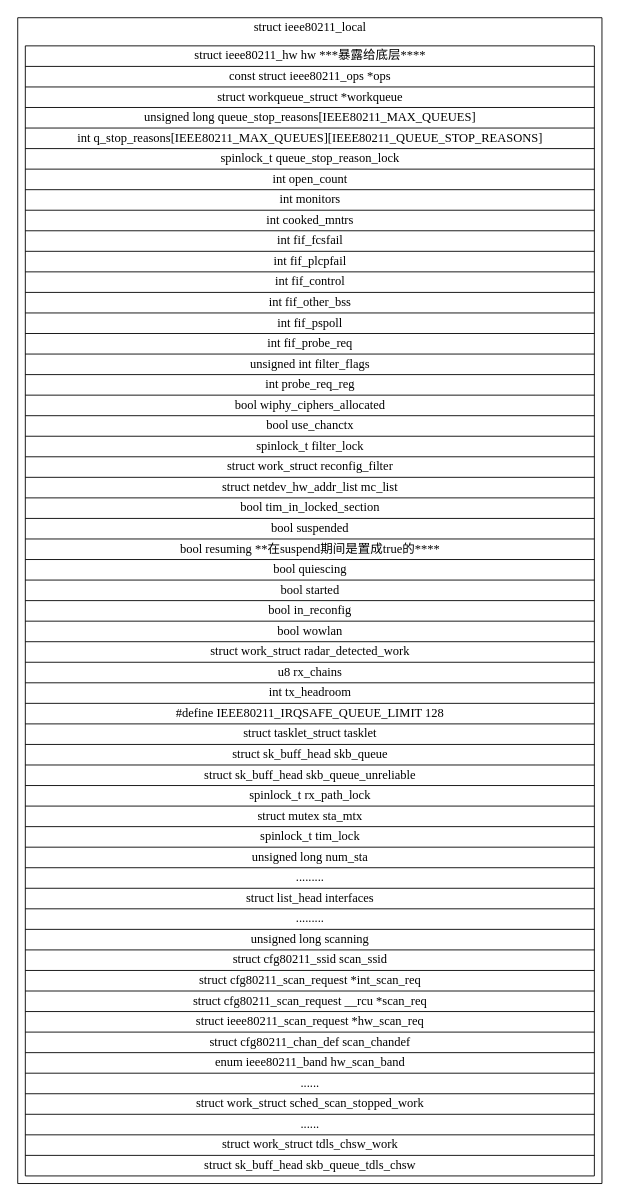
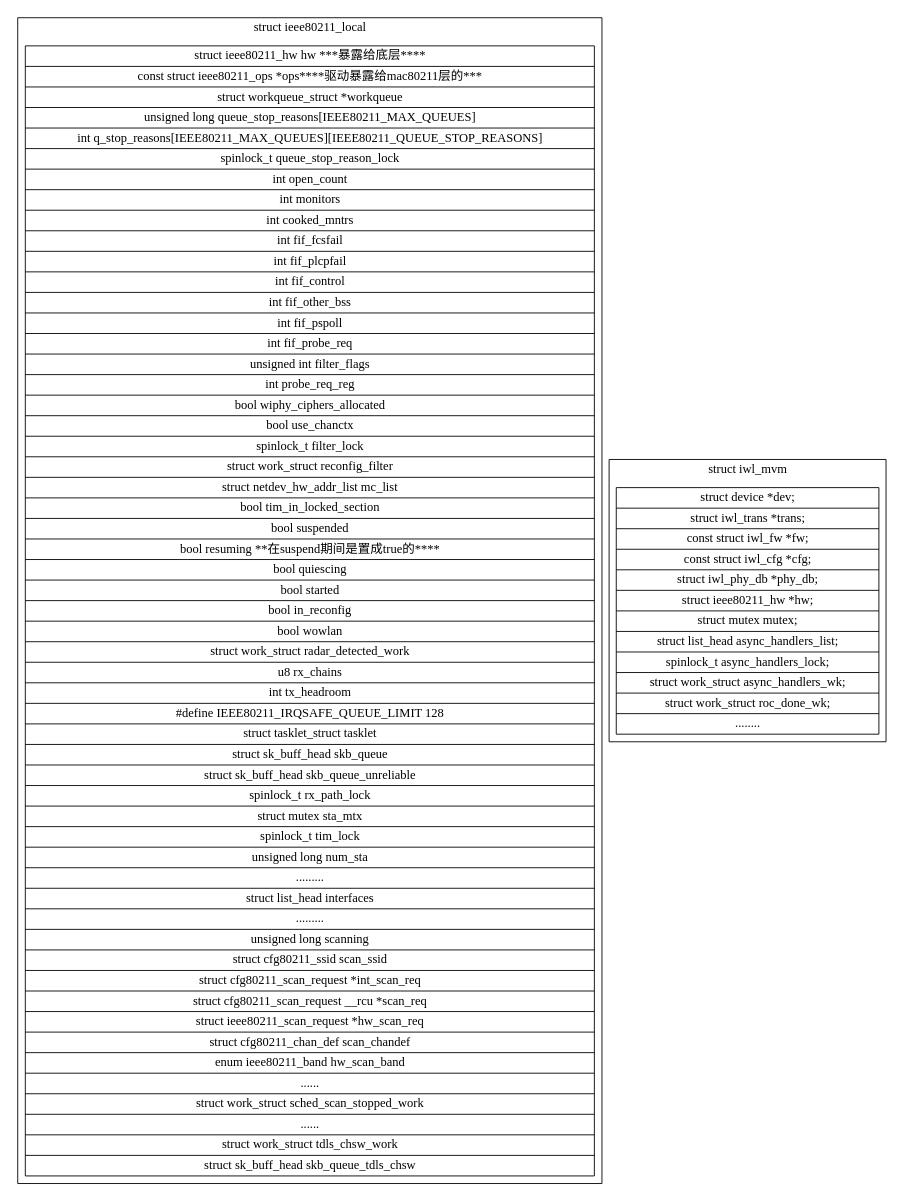
The diagram in graphviz/wifi/wifi.dot (YsuXia/Debian-Learning), drawn with Graphviz before and after one commit. The commit also changed 1 other file, not shown here.

```diff
--- a/graphviz/wifi/wifi.dot
+++ b/graphviz/wifi/wifi.dot
@@ -1,59 +1,77 @@
 digraph wifi{
 	node[shape=record];
 
 	subgraph cluster_struct_ieee80211_local{
 		label="struct ieee80211_local";
 		"struct ieee80211_local"[label="{
 			struct ieee80211_hw hw ***暴露给底层****
-			|const struct ieee80211_ops *ops
+			|const struct ieee80211_ops *ops****驱动暴露给mac80211层的***
 			|struct workqueue_struct *workqueue
 			|unsigned long queue_stop_reasons[IEEE80211_MAX_QUEUES]
 			|int q_stop_reasons[IEEE80211_MAX_QUEUES][IEEE80211_QUEUE_STOP_REASONS]
 			|spinlock_t queue_stop_reason_lock
 			|int open_count
 			|int monitors | int cooked_mntrs
 			|int fif_fcsfail|int fif_plcpfail|int  fif_control
 			|int fif_other_bss|int fif_pspoll
 			|int fif_probe_req|unsigned int filter_flags
 			|int probe_req_reg
 			|bool wiphy_ciphers_allocated
 			|bool use_chanctx
 			|spinlock_t filter_lock
 			|struct work_struct reconfig_filter
 			|struct netdev_hw_addr_list mc_list
 			|bool tim_in_locked_section
 			|bool suspended
 			|bool resuming **在suspend期间是置成true的****
 			|bool quiescing
 			|bool started
 			|bool in_reconfig
 			|bool wowlan
 			|struct work_struct radar_detected_work
 			|u8 rx_chains
 			|int tx_headroom
 			|#define IEEE80211_IRQSAFE_QUEUE_LIMIT 128
 			|struct tasklet_struct tasklet
 			|struct sk_buff_head skb_queue
 			|struct sk_buff_head skb_queue_unreliable
 			|spinlock_t rx_path_lock
 			|struct mutex sta_mtx
 			|spinlock_t tim_lock
 			|unsigned long num_sta
 			|.........
 			|struct list_head interfaces
 			|.........
 			|unsigned long scanning
 			|struct cfg80211_ssid scan_ssid
 			|struct cfg80211_scan_request *int_scan_req
 			|struct cfg80211_scan_request __rcu *scan_req
 			|struct ieee80211_scan_request *hw_scan_req
 			|struct cfg80211_chan_def scan_chandef
 			|enum ieee80211_band hw_scan_band
 			|......
 			|struct work_struct sched_scan_stopped_work
 			|......
 			|struct work_struct tdls_chsw_work
 			|struct sk_buff_head skb_queue_tdls_chsw
 		}"];
 	}
+
+	subgraph cluster_struct_iwl_mvm{
+		label="struct iwl_mvm";
+		"struct iwl_mvm"[label="{
+			struct device *dev;
+    |struct iwl_trans *trans;
+    |const struct iwl_fw *fw;
+    |const struct iwl_cfg *cfg;
+    |struct iwl_phy_db *phy_db;
+    |struct ieee80211_hw *hw;
+    |struct mutex mutex;
+    |struct list_head async_handlers_list;
+    |spinlock_t async_handlers_lock;
+    |struct work_struct async_handlers_wk;
+    |struct work_struct roc_done_wk;
+	|........
+		}"];
+	}
 }
```
